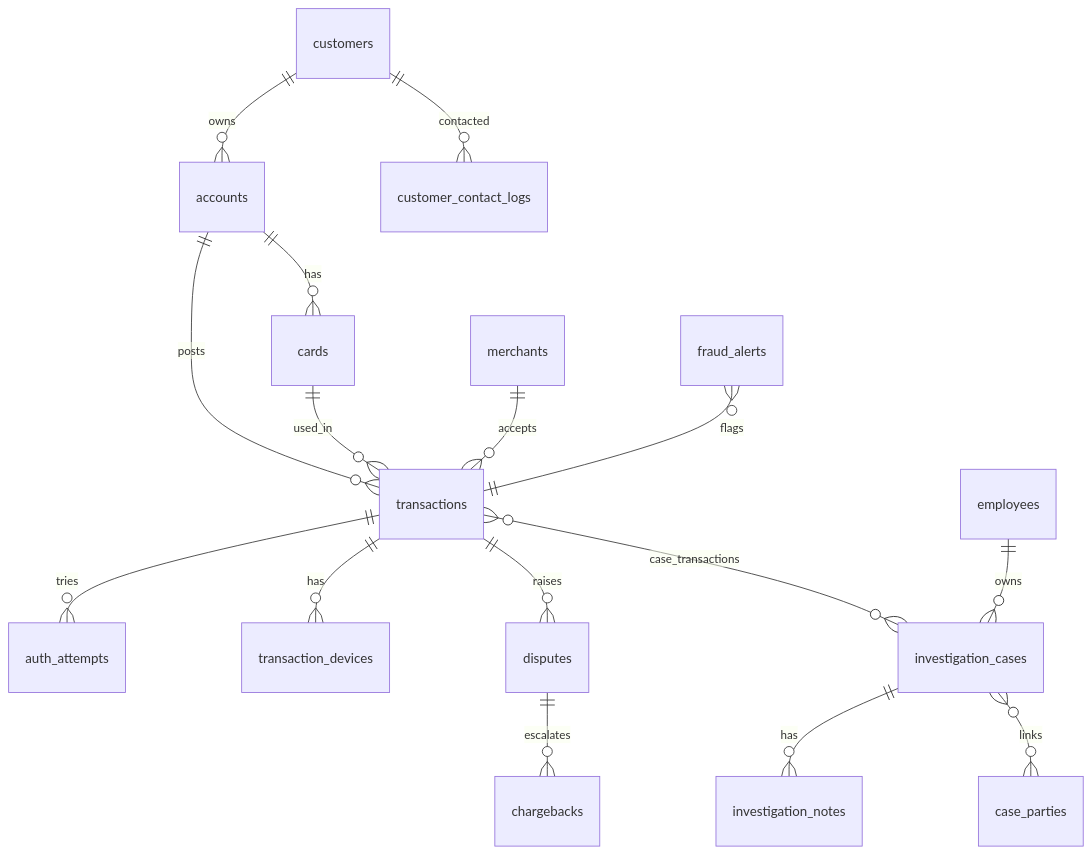
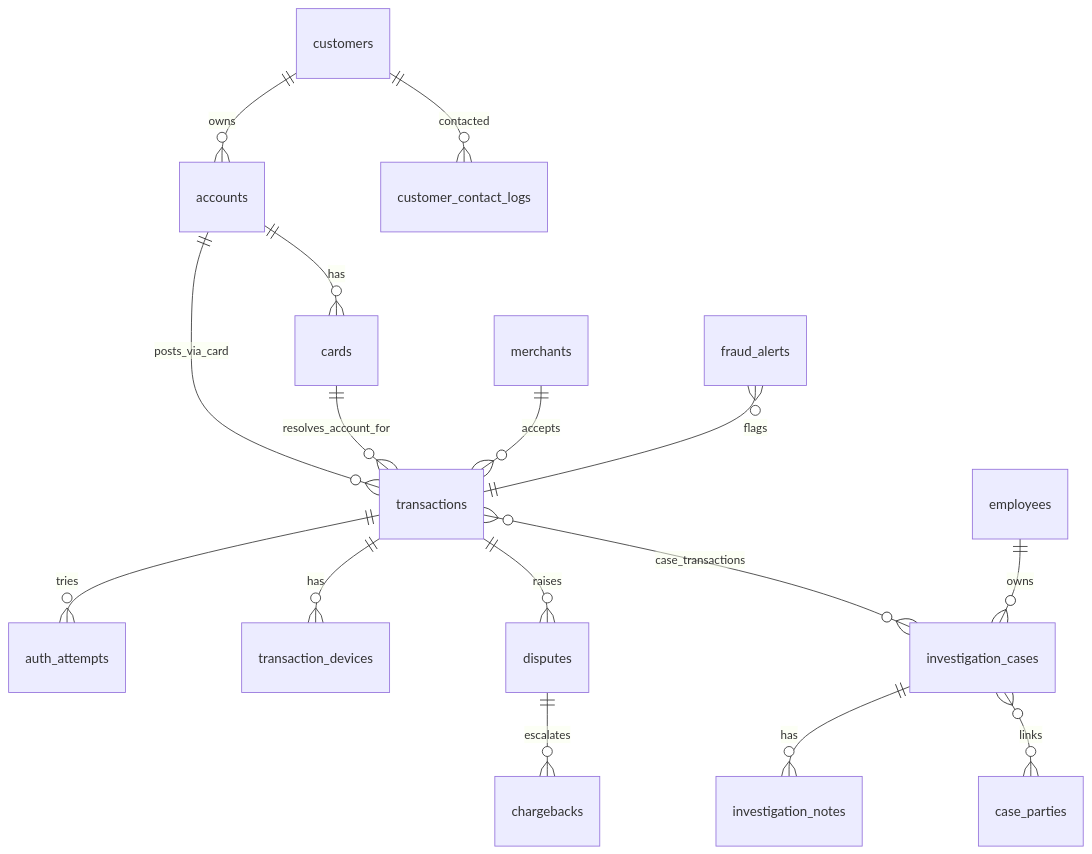
One commit to melvin0108/Assignment-G3 changed the diagram in docs/data-model.md. Above: the diagram before and after it, drawn with Mermaid. The commit also changed other lines of this file, not shown here.

Commit message:
docs: upadate ERD

````diff
--- a/docs/data-model.md
+++ b/docs/data-model.md
@@ -362,18 +364,18 @@
 ```mermaid
 erDiagram
   customers ||--o{ accounts : owns
   accounts ||--o{ cards : has
-  accounts ||--o{ transactions : posts
-  cards    ||--o{ transactions : used_in
+  accounts ||--o{ transactions : posts_via_card
+  cards    ||--o{ transactions : resolves_account_for
   merchants ||--o{ transactions : accepts
   transactions ||--o{ auth_attempts : tries
   transactions ||--o{ transaction_devices : has
   transactions ||--o{ disputes : raises
   disputes ||--o{ chargebacks : escalates
   transactions }o--o{ investigation_cases : "case_transactions"
   investigation_cases ||--o{ investigation_notes : has
   investigation_cases }o--o{ case_parties : links
   fraud_alerts }o--|| transactions : flags
   customers ||--o{ customer_contact_logs : contacted
   employees ||--o{ investigation_cases : owns
 ```
````
